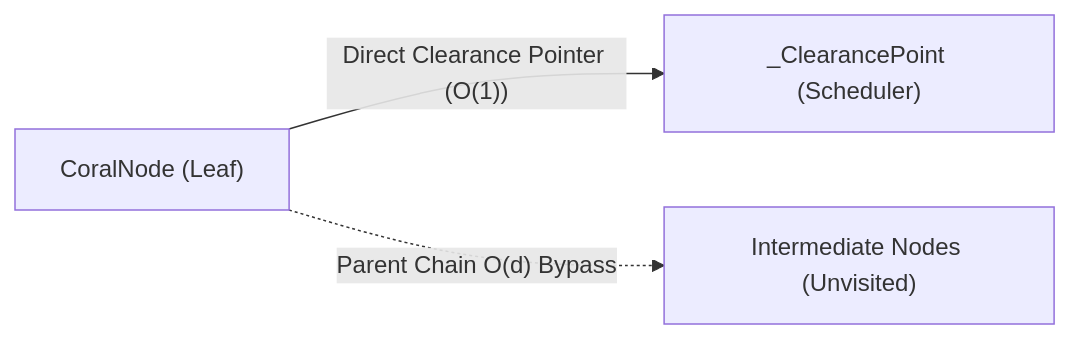
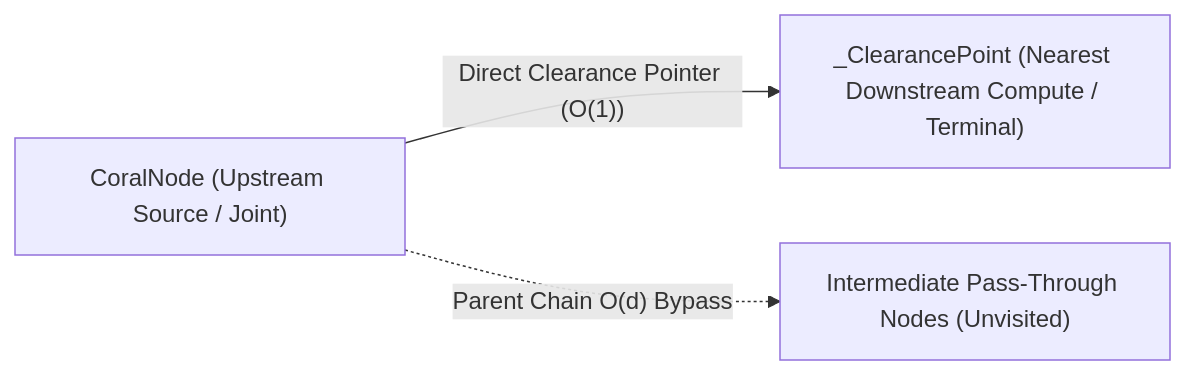
Before and after one commit to pioneerjkf/coralline: the second of 3 diagrams in coralline/doc/manual/04_flutter_dart_engineers_whitepaper.md, drawn with Mermaid. The commit also changed other lines of this file and 47 other files, not shown here.

````diff
--- a/coralline/doc/manual/04_flutter_dart_engineers_whitepaper.md
+++ b/coralline/doc/manual/04_flutter_dart_engineers_whitepaper.md
@@ -60,5 +60,5 @@
 ```mermaid
 graph LR
-    A["CoralNode (Leaf)"] -- Direct Clearance Pointer (O(1)) --> B["_ClearancePoint (Scheduler)"]
-    A -. Parent Chain O(d) Bypass .-> C["Intermediate Nodes (Unvisited)"]
+    A["CoralNode (Upstream Source / Joint)"] -- Direct Clearance Pointer (O(1)) --> B["_ClearancePoint (Nearest Downstream Compute / Terminal)"]
+    A -. Parent Chain O(d) Bypass .-> C["Intermediate Pass-Through Nodes (Unvisited)"]
 ```
````
